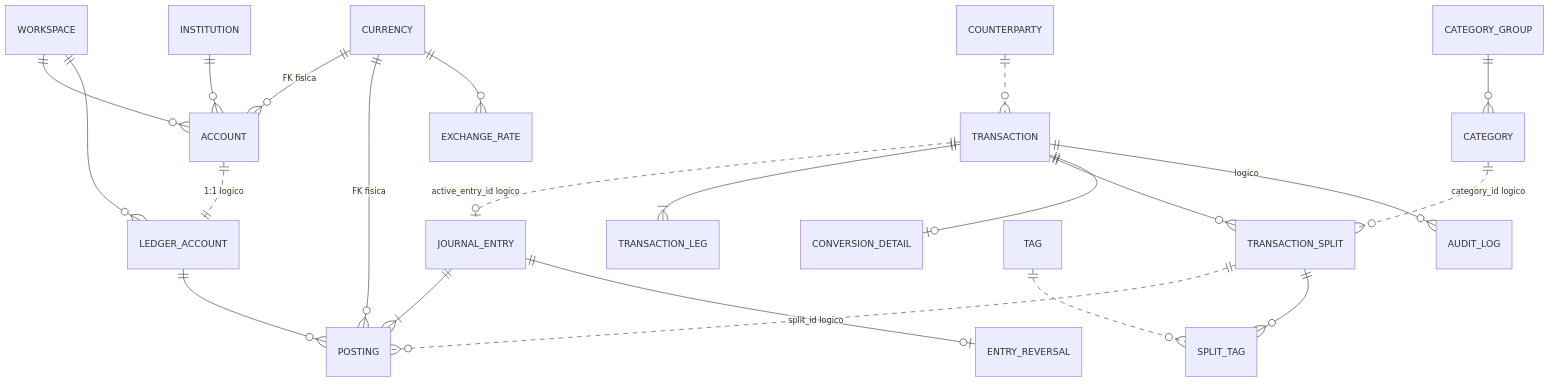
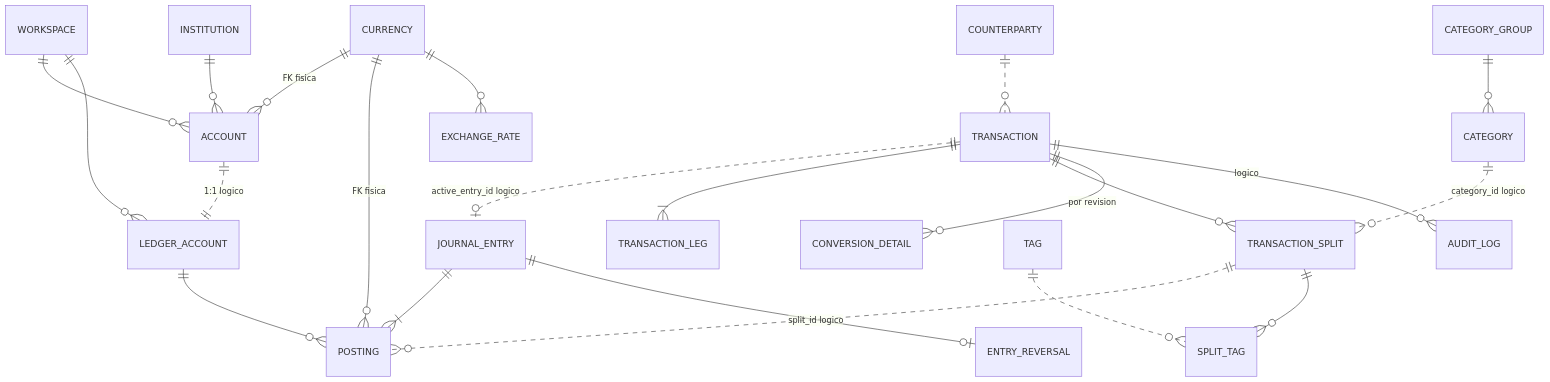
One commit to manuXD270516/personal-finances changed diagram 21 of 21 in docs/08-data-model.md. Above: the diagram before and after it, drawn with Mermaid. The commit also changed other lines of this file and 34 other files, not shown here.

````diff
--- a/docs/08-data-model.md
+++ b/docs/08-data-model.md
@@ -1562,24 +1654,24 @@
 ```mermaid
 erDiagram
   WORKSPACE ||--o{ ACCOUNT : ""
   WORKSPACE ||--o{ LEDGER_ACCOUNT : ""
   ACCOUNT ||..|| LEDGER_ACCOUNT : "1:1 logico"
   INSTITUTION ||--o{ ACCOUNT : ""
   LEDGER_ACCOUNT ||--o{ POSTING : ""
   JOURNAL_ENTRY ||--|{ POSTING : ""
   TRANSACTION ||..o| JOURNAL_ENTRY : "active_entry_id logico"
   TRANSACTION ||--|{ TRANSACTION_LEG : ""
   TRANSACTION ||--o{ TRANSACTION_SPLIT : ""
   TRANSACTION_SPLIT ||..o{ POSTING : "split_id logico"
   JOURNAL_ENTRY ||--o| ENTRY_REVERSAL : ""
-  TRANSACTION ||--o| CONVERSION_DETAIL : ""
+  TRANSACTION ||--o{ CONVERSION_DETAIL : "por revision"
   CATEGORY_GROUP ||--o{ CATEGORY : ""
   CATEGORY ||..o{ TRANSACTION_SPLIT : "category_id logico"
   TAG ||..o{ SPLIT_TAG : ""
   TRANSACTION_SPLIT ||--o{ SPLIT_TAG : ""
   COUNTERPARTY ||..o{ TRANSACTION : ""
   CURRENCY ||--o{ ACCOUNT : "FK fisica"
   CURRENCY ||--o{ POSTING : "FK fisica"
   CURRENCY ||--o{ EXCHANGE_RATE : ""
   TRANSACTION ||--o{ AUDIT_LOG : "logico"
 ```
````
